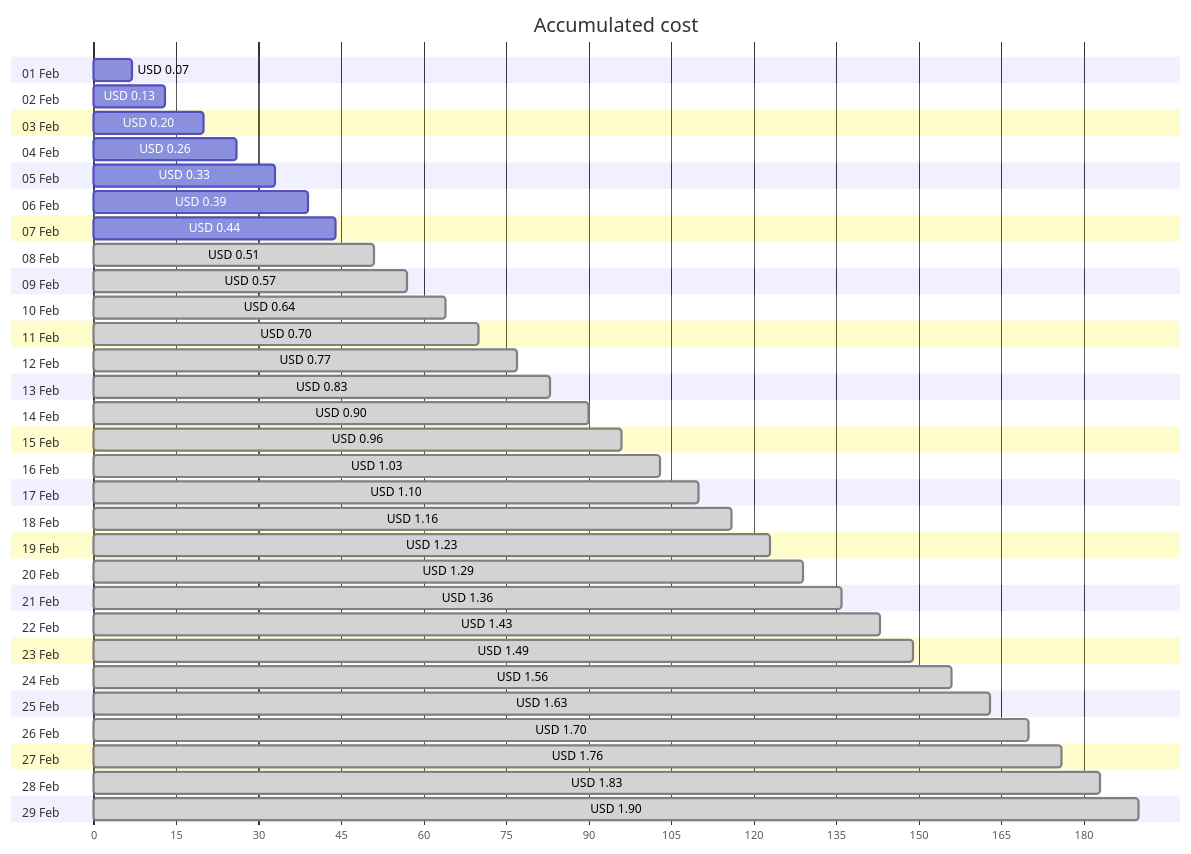
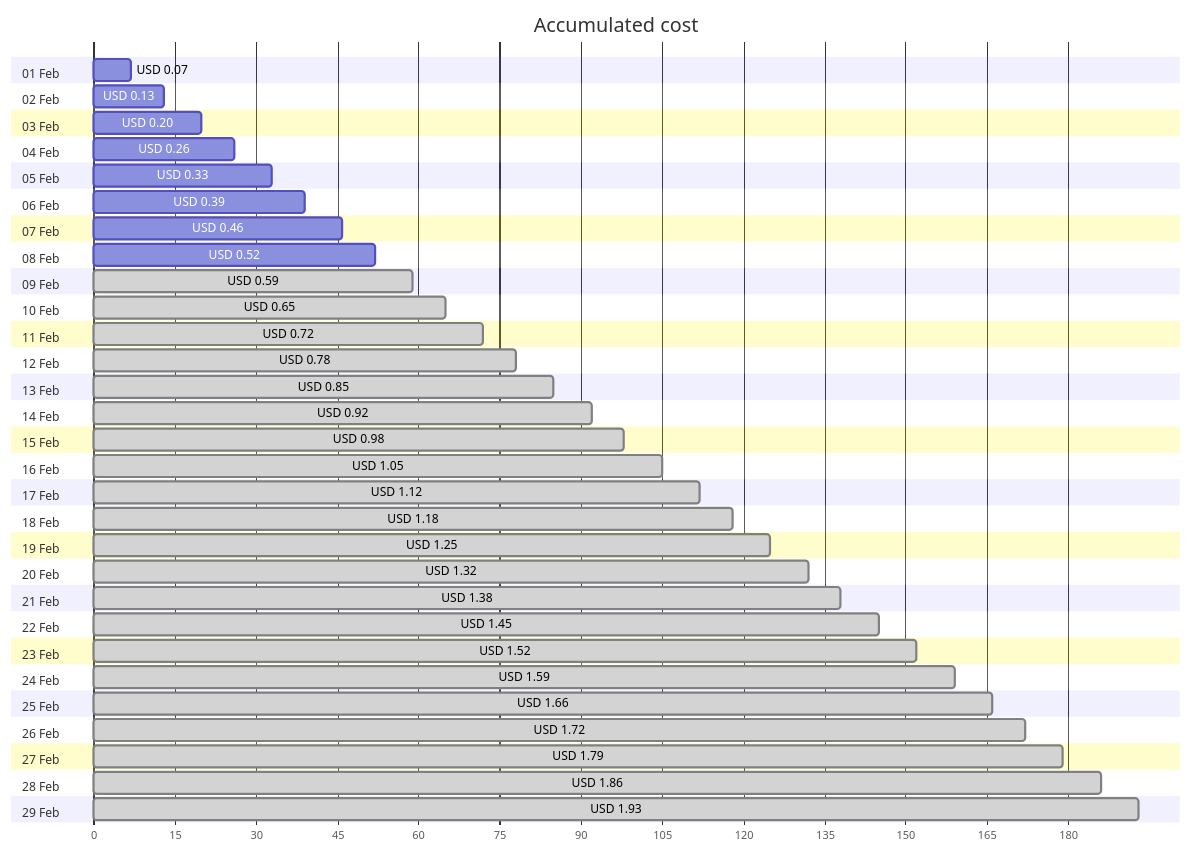
The first of 4 diagrams in cost-reports/personal-network/vpn-server_OsDisk.md (jpfulton/azure-personal-reports), drawn with Mermaid before and after one commit. The commit also changed other lines of this file and 8 other files, not shown here.

````diff
--- a/cost-reports/personal-network/vpn-server_OsDisk.md
+++ b/cost-reports/personal-network/vpn-server_OsDisk.md
@@ -20,64 +20,64 @@
 ```mermaid
 gantt
    title Accumulated cost
    dateFormat  X
    axisFormat %s
    section 01 Feb
    USD 0.07 :0, 7
    section 02 Feb
    USD 0.13 :0, 13
    section 03 Feb
    USD 0.20 :0, 20
    section 04 Feb
    USD 0.26 :0, 26
    section 05 Feb
    USD 0.33 :0, 33
    section 06 Feb
    USD 0.39 :0, 39
    section 07 Feb
-   USD 0.44 :0, 44
+   USD 0.46 :0, 46
    section 08 Feb
-   USD 0.51 : done, 0, 51
+   USD 0.52 :0, 52
    section 09 Feb
-   USD 0.57 : done, 0, 57
+   USD 0.59 : done, 0, 59
    section 10 Feb
-   USD 0.64 : done, 0, 64
+   USD 0.65 : done, 0, 65
    section 11 Feb
-   USD 0.70 : done, 0, 70
+   USD 0.72 : done, 0, 72
    section 12 Feb
-   USD 0.77 : done, 0, 77
+   USD 0.78 : done, 0, 78
    section 13 Feb
-   USD 0.83 : done, 0, 83
+   USD 0.85 : done, 0, 85
    section 14 Feb
-   USD 0.90 : done, 0, 90
+   USD 0.92 : done, 0, 92
    section 15 Feb
-   USD 0.96 : done, 0, 96
+   USD 0.98 : done, 0, 98
    section 16 Feb
-   USD 1.03 : done, 0, 103
+   USD 1.05 : done, 0, 105
    section 17 Feb
-   USD 1.10 : done, 0, 110
+   USD 1.12 : done, 0, 112
    section 18 Feb
-   USD 1.16 : done, 0, 116
+   USD 1.18 : done, 0, 118
    section 19 Feb
-   USD 1.23 : done, 0, 123
+   USD 1.25 : done, 0, 125
    section 20 Feb
-   USD 1.29 : done, 0, 129
+   USD 1.32 : done, 0, 132
    section 21 Feb
-   USD 1.36 : done, 0, 136
+   USD 1.38 : done, 0, 138
    section 22 Feb
-   USD 1.43 : done, 0, 143
+   USD 1.45 : done, 0, 145
    section 23 Feb
-   USD 1.49 : done, 0, 149
+   USD 1.52 : done, 0, 152
    section 24 Feb
-   USD 1.56 : done, 0, 156
+   USD 1.59 : done, 0, 159
    section 25 Feb
-   USD 1.63 : done, 0, 163
+   USD 1.66 : done, 0, 166
    section 26 Feb
-   USD 1.70 : done, 0, 170
+   USD 1.72 : done, 0, 172
    section 27 Feb
-   USD 1.76 : done, 0, 176
+   USD 1.79 : done, 0, 179
    section 28 Feb
-   USD 1.83 : done, 0, 183
+   USD 1.86 : done, 0, 186
    section 29 Feb
-   USD 1.90 : done, 0, 190
+   USD 1.93 : done, 0, 193
 ```
````
